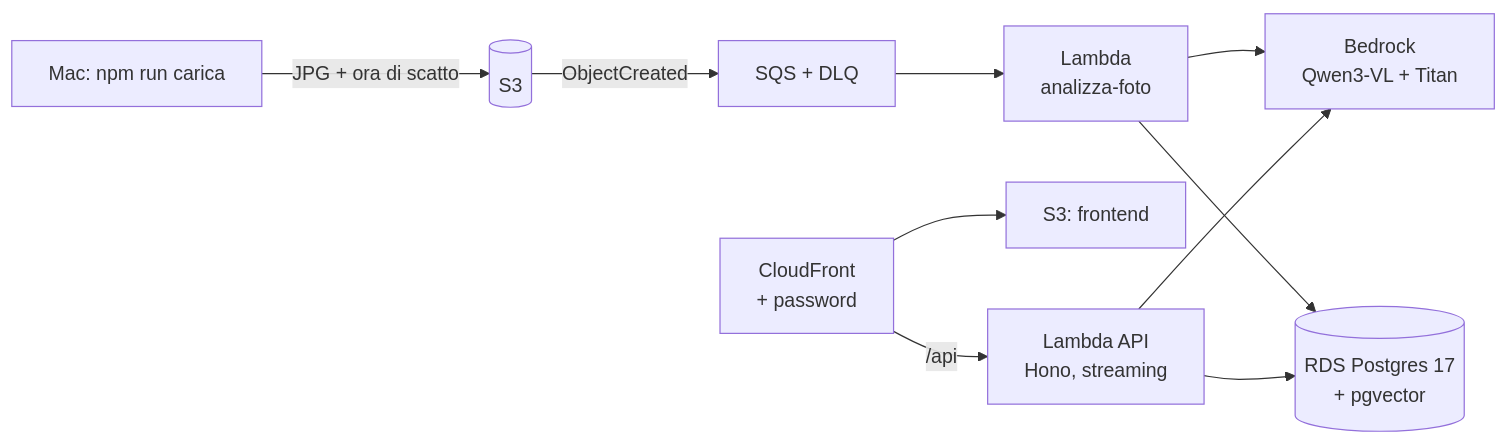
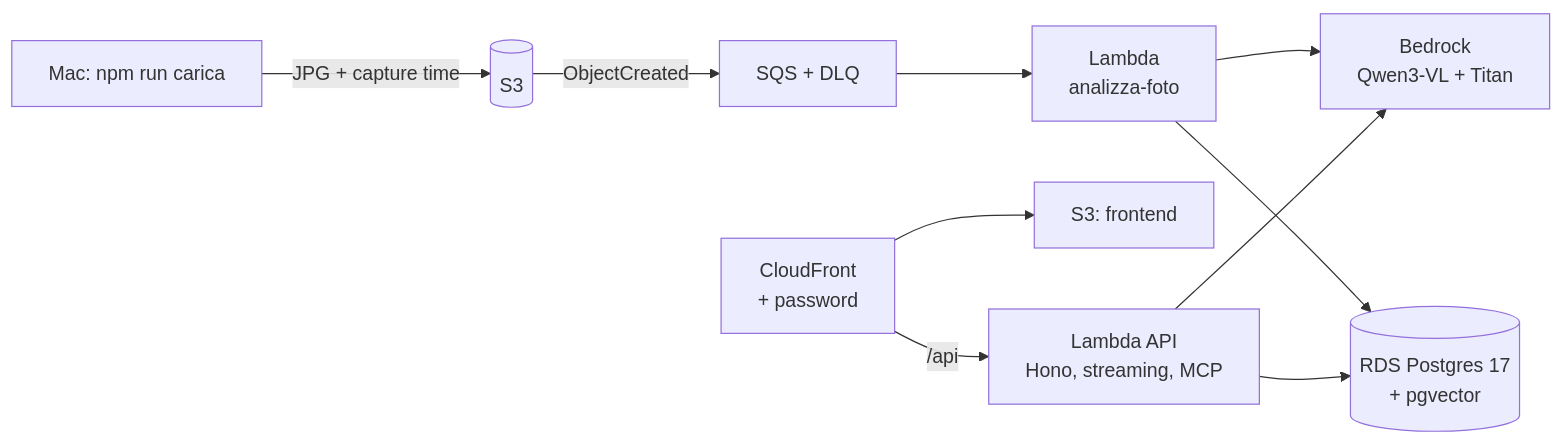
One commit to gianluca932/cippi-cam changed the second of 2 diagrams in README.md. Above: the diagram before and after it, drawn with Mermaid. The commit also changed other lines of this file and 24 other files, not shown here.

````diff
--- a/README.md
+++ b/README.md
@@ -433,12 +269,12 @@
 ```mermaid
 flowchart LR
-    MAC[Mac: npm run carica] -->|JPG + ora di scatto| S3[(S3)]
+    MAC[Mac: npm run carica] -->|JPG + capture time| S3[(S3)]
     S3 -->|ObjectCreated| SQS[SQS + DLQ]
     SQS --> L[Lambda<br/>analizza-foto]
     L --> BR[Bedrock<br/>Qwen3-VL + Titan]
     L --> RDS[(RDS Postgres 17<br/>+ pgvector)]
     CF[CloudFront<br/>+ password] --> WEB[S3: frontend]
-    CF -->|/api| API[Lambda API<br/>Hono, streaming]
+    CF -->|/api| API[Lambda API<br/>Hono, streaming, MCP]
     API --> RDS
     API --> BR
 ```
````
